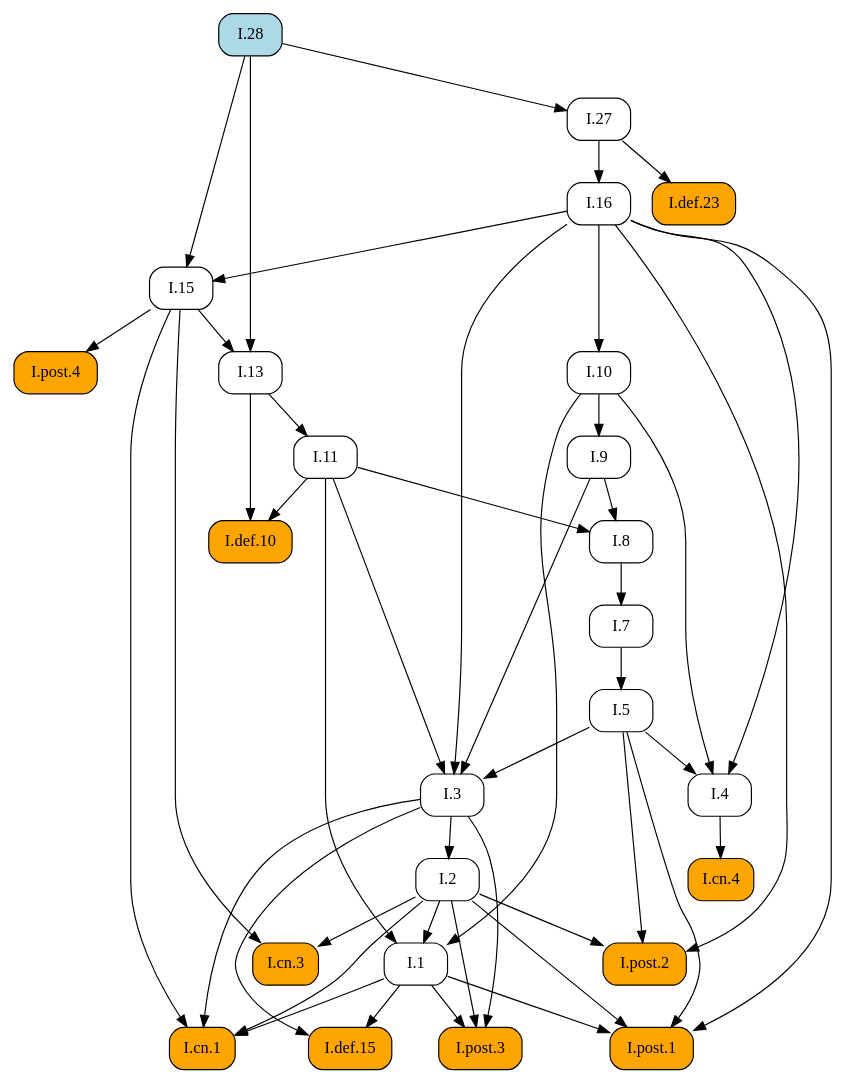
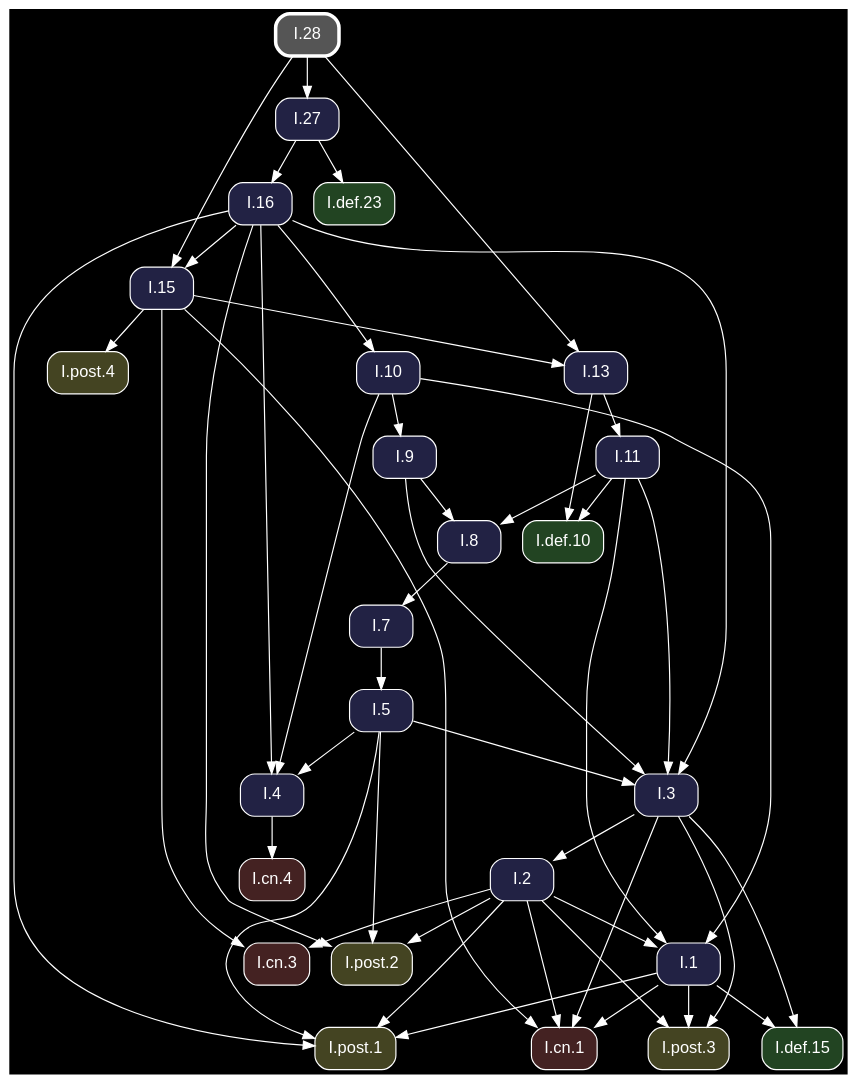
One commit to geometor/elements changed the diagram in docsrc/heath/I/28/index.rst. Above: the diagram before and after it, drawn with Graphviz. The commit also changed other lines of this file and 1200 other files, not shown here.

Commit message:
update dependency graphs

```diff
--- a/docsrc/heath/I/28/index.rst
+++ b/docsrc/heath/I/28/index.rst
@@ -41,78 +41,80 @@
 .. graphviz::
 
    digraph {
+     bgcolor="black";
+     node [shape=box, style="rounded,filled", fontname="Helvetica", color="white", fontcolor="white"];
+     edge [color="white", fontcolor="white"];
      rankdir="TB";
-     node [shape=box, style=rounded];
-     "I.9" [URL="/heath/I/9/", target="_top"];
-     "I.cn.1" [style="rounded,filled", fillcolor=orange, URL="/heath/I/cn.1/", target="_top"];
-     "I.7" [URL="/heath/I/7/", target="_top"];
-     "I.2" [URL="/heath/I/2/", target="_top"];
-     "I.def.15" [style="rounded,filled", fillcolor=orange, URL="/heath/I/def.15/", target="_top"];
-     "I.13" [URL="/heath/I/13/", target="_top"];
-     "I.post.4" [style="rounded,filled", fillcolor=orange, URL="/heath/I/post.4/", target="_top"];
-     "I.4" [URL="/heath/I/4/", target="_top"];
-     "I.1" [URL="/heath/I/1/", target="_top"];
-     "I.post.3" [style="rounded,filled", fillcolor=orange, URL="/heath/I/post.3/", target="_top"];
-     "I.post.1" [style="rounded,filled", fillcolor=orange, URL="/heath/I/post.1/", target="_top"];
-     "I.5" [URL="/heath/I/5/", target="_top"];
-     "I.8" [URL="/heath/I/8/", target="_top"];
-     "I.cn.3" [style="rounded,filled", fillcolor=orange, URL="/heath/I/cn.3/", target="_top"];
-     "I.16" [URL="/heath/I/16/", target="_top"];
-     "I.def.10" [style="rounded,filled", fillcolor=orange, URL="/heath/I/def.10/", target="_top"];
-     "I.15" [URL="/heath/I/15/", target="_top"];
-     "I.10" [URL="/heath/I/10/", target="_top"];
-     "I.11" [URL="/heath/I/11/", target="_top"];
-     "I.def.23" [style="rounded,filled", fillcolor=orange, URL="/heath/I/def.23/", target="_top"];
-     "I.27" [URL="/heath/I/27/", target="_top"];
-     "I.28" [style="rounded,filled", fillcolor=lightblue, URL="/heath/I/28/", target="_top"];
-     "I.cn.4" [style="rounded,filled", fillcolor=orange, URL="/heath/I/cn.4/", target="_top"];
-     "I.post.2" [style="rounded,filled", fillcolor=orange, URL="/heath/I/post.2/", target="_top"];
-     "I.3" [URL="/heath/I/3/", target="_top"];
-     "I.10" -> "I.9";
+     "I.3" [fillcolor="#222244", URL="/heath/I/3/", target="_top"];
+     "I.post.1" [fillcolor="#444422", URL="/heath/I/post.1/", target="_top"];
+     "I.cn.1" [fillcolor="#442222", URL="/heath/I/cn.1/", target="_top"];
+     "I.def.10" [fillcolor="#224422", URL="/heath/I/def.10/", target="_top"];
+     "I.15" [fillcolor="#222244", URL="/heath/I/15/", target="_top"];
+     "I.11" [fillcolor="#222244", URL="/heath/I/11/", target="_top"];
+     "I.16" [fillcolor="#222244", URL="/heath/I/16/", target="_top"];
+     "I.cn.3" [fillcolor="#442222", URL="/heath/I/cn.3/", target="_top"];
+     "I.13" [fillcolor="#222244", URL="/heath/I/13/", target="_top"];
+     "I.27" [fillcolor="#222244", URL="/heath/I/27/", target="_top"];
+     "I.28" [penwidth=3, color="white", fillcolor="#555555", URL="/heath/I/28/", target="_top"];
+     "I.2" [fillcolor="#222244", URL="/heath/I/2/", target="_top"];
+     "I.post.2" [fillcolor="#444422", URL="/heath/I/post.2/", target="_top"];
+     "I.cn.4" [fillcolor="#442222", URL="/heath/I/cn.4/", target="_top"];
+     "I.def.23" [fillcolor="#224422", URL="/heath/I/def.23/", target="_top"];
+     "I.9" [fillcolor="#222244", URL="/heath/I/9/", target="_top"];
+     "I.1" [fillcolor="#222244", URL="/heath/I/1/", target="_top"];
+     "I.post.4" [fillcolor="#444422", URL="/heath/I/post.4/", target="_top"];
+     "I.8" [fillcolor="#222244", URL="/heath/I/8/", target="_top"];
+     "I.4" [fillcolor="#222244", URL="/heath/I/4/", target="_top"];
+     "I.post.3" [fillcolor="#444422", URL="/heath/I/post.3/", target="_top"];
+     "I.7" [fillcolor="#222244", URL="/heath/I/7/", target="_top"];
+     "I.def.15" [fillcolor="#224422", URL="/heath/I/def.15/", target="_top"];
+     "I.5" [fillcolor="#222244", URL="/heath/I/5/", target="_top"];
+     "I.10" [fillcolor="#222244", URL="/heath/I/10/", target="_top"];
+     "I.5" -> "I.3";
+     "I.9" -> "I.3";
+     "I.11" -> "I.3";
+     "I.16" -> "I.3";
+     "I.1" -> "I.post.1";
+     "I.2" -> "I.post.1";
+     "I.5" -> "I.post.1";
+     "I.16" -> "I.post.1";
      "I.1" -> "I.cn.1";
      "I.2" -> "I.cn.1";
      "I.3" -> "I.cn.1";
      "I.15" -> "I.cn.1";
-     "I.8" -> "I.7";
-     "I.3" -> "I.2";
-     "I.1" -> "I.def.15";
-     "I.3" -> "I.def.15";
-     "I.15" -> "I.13";
-     "I.28" -> "I.13";
-     "I.15" -> "I.post.4";
-     "I.5" -> "I.4";
-     "I.10" -> "I.4";
-     "I.16" -> "I.4";
-     "I.2" -> "I.1";
-     "I.10" -> "I.1";
-     "I.11" -> "I.1";
-     "I.1" -> "I.post.3";
-     "I.2" -> "I.post.3";
-     "I.3" -> "I.post.3";
-     "I.1" -> "I.post.1";
-     "I.2" -> "I.post.1";
-     "I.5" -> "I.post.1";
-     "I.16" -> "I.post.1";
-     "I.7" -> "I.5";
-     "I.9" -> "I.8";
-     "I.11" -> "I.8";
-     "I.2" -> "I.cn.3";
-     "I.15" -> "I.cn.3";
-     "I.27" -> "I.16";
      "I.11" -> "I.def.10";
      "I.13" -> "I.def.10";
      "I.16" -> "I.15";
      "I.28" -> "I.15";
-     "I.16" -> "I.10";
      "I.13" -> "I.11";
-     "I.27" -> "I.def.23";
+     "I.27" -> "I.16";
+     "I.2" -> "I.cn.3";
+     "I.15" -> "I.cn.3";
+     "I.15" -> "I.13";
+     "I.28" -> "I.13";
      "I.28" -> "I.27";
-     "I.4" -> "I.cn.4";
+     "I.3" -> "I.2";
      "I.2" -> "I.post.2";
      "I.5" -> "I.post.2";
      "I.16" -> "I.post.2";
-     "I.5" -> "I.3";
-     "I.9" -> "I.3";
-     "I.11" -> "I.3";
-     "I.16" -> "I.3";
+     "I.4" -> "I.cn.4";
+     "I.27" -> "I.def.23";
+     "I.10" -> "I.9";
+     "I.2" -> "I.1";
+     "I.10" -> "I.1";
+     "I.11" -> "I.1";
+     "I.15" -> "I.post.4";
+     "I.9" -> "I.8";
+     "I.11" -> "I.8";
+     "I.5" -> "I.4";
+     "I.10" -> "I.4";
+     "I.16" -> "I.4";
+     "I.1" -> "I.post.3";
+     "I.2" -> "I.post.3";
+     "I.3" -> "I.post.3";
+     "I.8" -> "I.7";
+     "I.1" -> "I.def.15";
+     "I.3" -> "I.def.15";
+     "I.7" -> "I.5";
+     "I.16" -> "I.10";
    }
```
